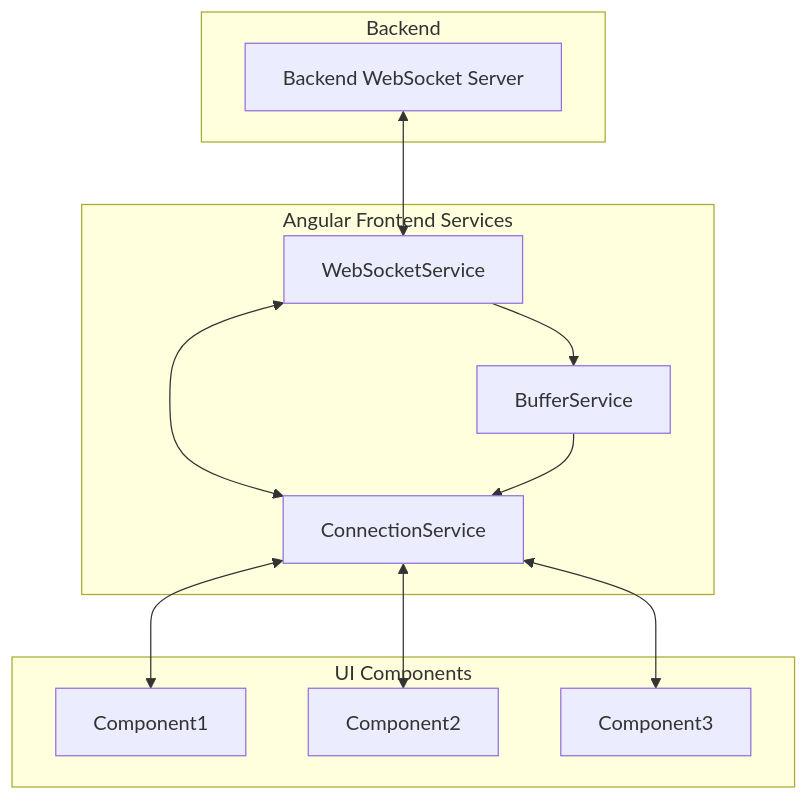
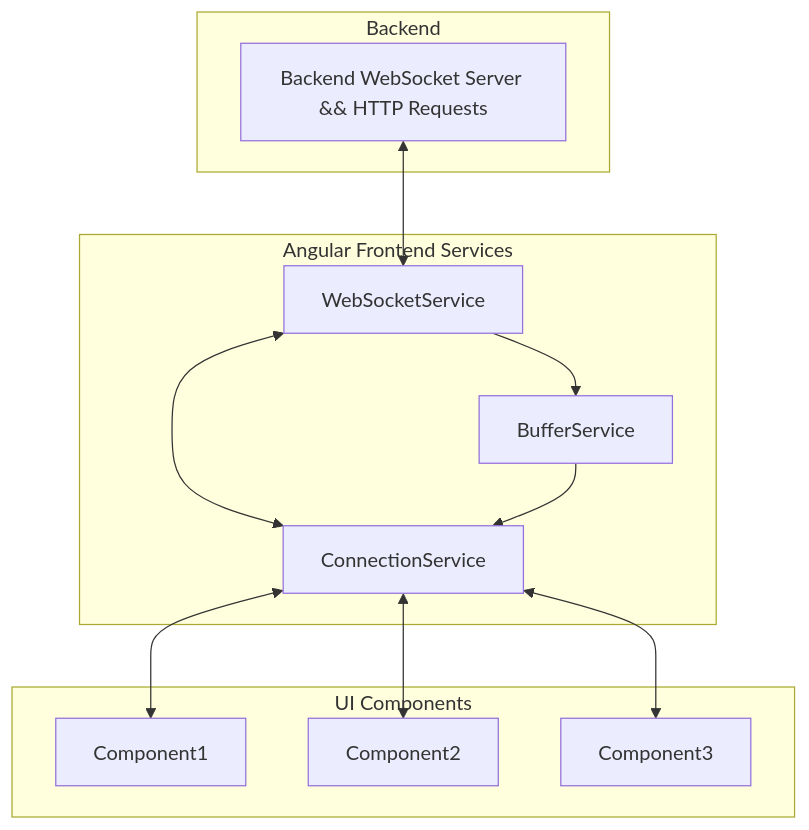
One commit to FoniksFox/Telemetry-App changed the diagram in frontend/README.md. Above: the diagram before and after it, drawn with Mermaid. The commit also changed other lines of this file, not shown here.

Commit message:
docs(frontend): Update README with models and WebSocket service details, and some minor changes

````diff
--- a/frontend/README.md
+++ b/frontend/README.md
@@ -121,29 +120,29 @@
 ```mermaid
 graph TD
     subgraph "Backend"
-        Back[Backend WebSocket Server]
+        Back[Backend WebSocket Server && HTTP Requests]
     end
     
     subgraph "Angular Frontend Services"
         WS[WebSocketService]
         BS[BufferService]
         CS[ConnectionService]
     end
     
     subgraph "UI Components"
         C1[Component1]
         C2[Component2]
         C3[Component3]
     end
     
     %% Service Layer Flow
     Back <--> WS
     WS --> BS
     WS <--> CS
     BS --> CS
     
     %% Component Layer Flow
     CS <--> C1
     CS <--> C2
     CS <--> C3
 ```
````
